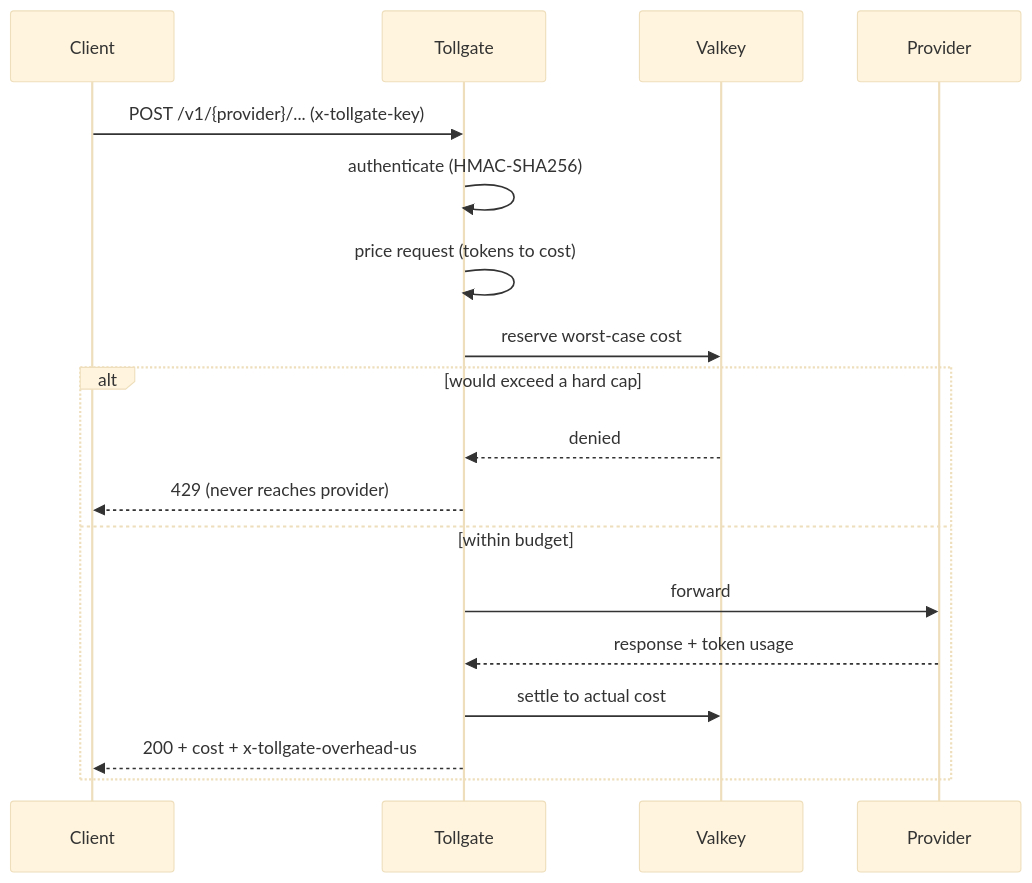
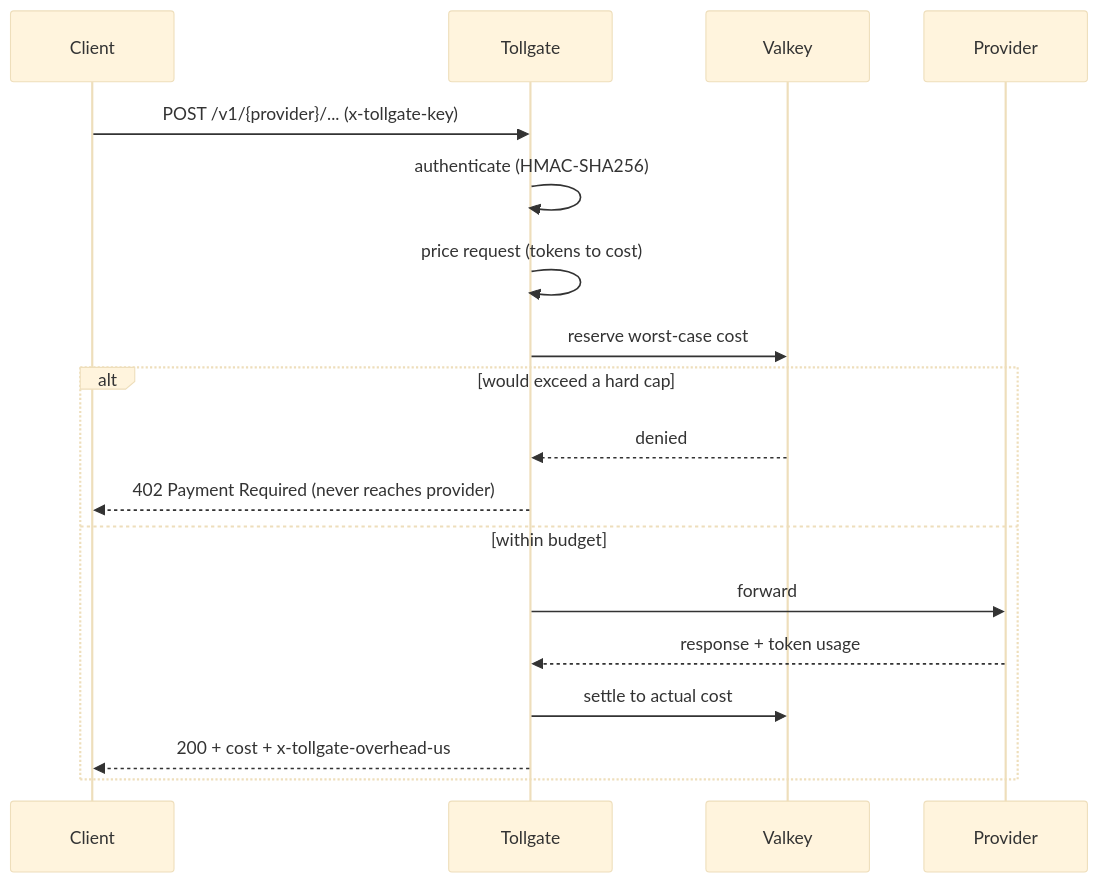
Before and after one commit to sakura-sky/tollgate: the second of 2 diagrams in README.md, drawn with Mermaid (base theme). The commit also changed other lines of this file and 8 other files, not shown here.

````diff
--- a/README.md
+++ b/README.md
@@ -34,20 +34,20 @@
 ```mermaid
 sequenceDiagram
   participant C as Client
   participant T as Tollgate
   participant V as Valkey
   participant P as Provider
   C->>T: POST /v1/{provider}/... (x-tollgate-key)
   T->>T: authenticate (HMAC-SHA256)
   T->>T: price request (tokens to cost)
   T->>V: reserve worst-case cost
   alt would exceed a hard cap
     V-->>T: denied
-    T-->>C: 429 (never reaches provider)
+    T-->>C: 402 Payment Required (never reaches provider)
   else within budget
     T->>P: forward
     P-->>T: response + token usage
     T->>V: settle to actual cost
     T-->>C: 200 + cost + x-tollgate-overhead-us
   end
 ```
````
